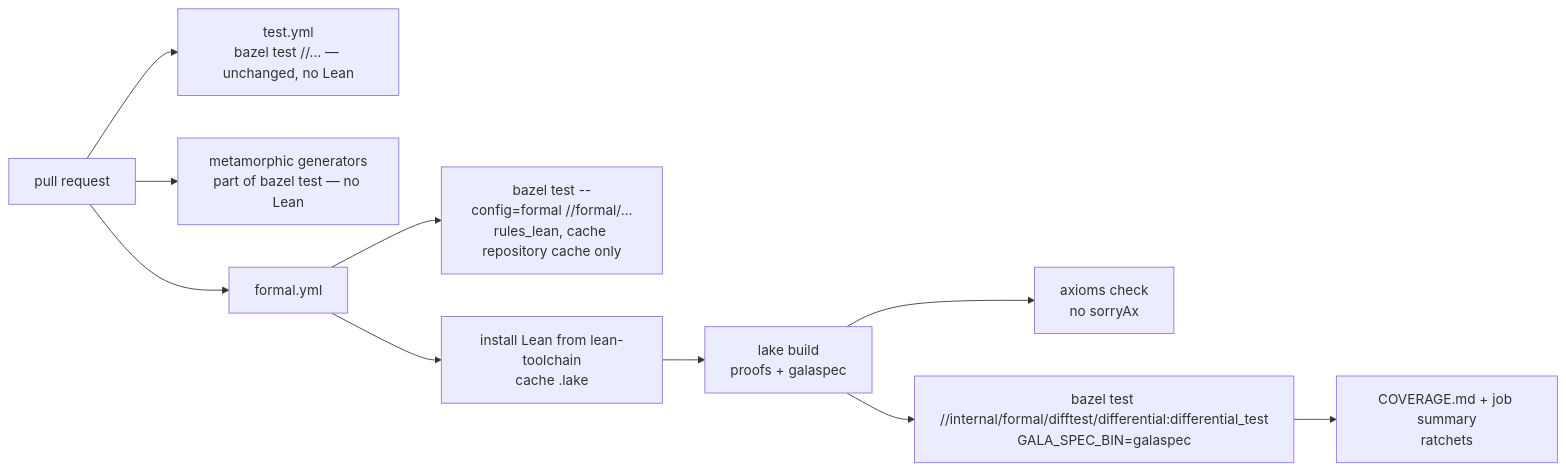
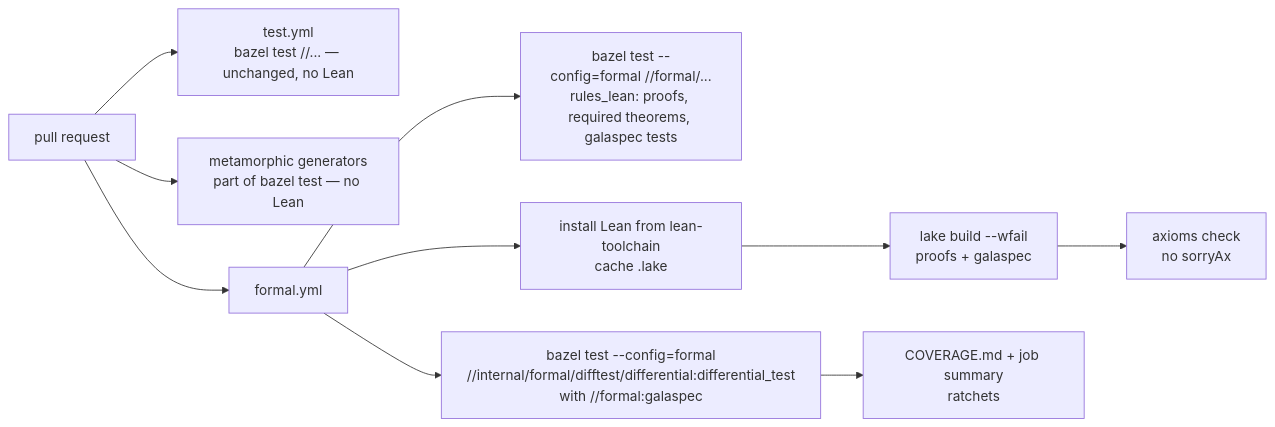
Before and after one commit to martianoff/gala: the third of 4 diagrams in docs/FORMAL_SEMANTICS.MD, drawn with Mermaid. The commit also changed other lines of this file and 10 other files, not shown here.

First line of the commit message:
build(formal): difftest uses //formal:galaspec; Bazel proof checks as strict as Lake

````diff
--- a/docs/FORMAL_SEMANTICS.MD
+++ b/docs/FORMAL_SEMANTICS.MD
@@ -269,12 +272,12 @@
 ```mermaid
 flowchart LR
     PR[pull request] --> T[test.yml<br/>bazel test //... — unchanged, no Lean]
     PR --> M[metamorphic generators<br/>part of bazel test — no Lean]
     PR --> F[formal.yml]
-    F --> B1[bazel test --config=formal //formal/...<br/>rules_lean, cache repository cache only]
+    F --> B1[bazel test --config=formal //formal/...<br/>rules_lean: proofs, required theorems, galaspec tests]
     F --> L1[install Lean from lean-toolchain<br/>cache .lake]
-    L1 --> L2[lake build<br/>proofs + galaspec]
+    L1 --> L2[lake build --wfail<br/>proofs + galaspec]
     L2 --> L3[axioms check<br/>no sorryAx]
-    L2 --> L4[bazel test //internal/formal/difftest/differential:differential_test<br/>GALA_SPEC_BIN=galaspec]
+    F --> L4[bazel test --config=formal<br/>//internal/formal/difftest/differential:differential_test<br/>with //formal:galaspec]
     L4 --> L5[COVERAGE.md + job summary<br/>ratchets]
 ```
````
